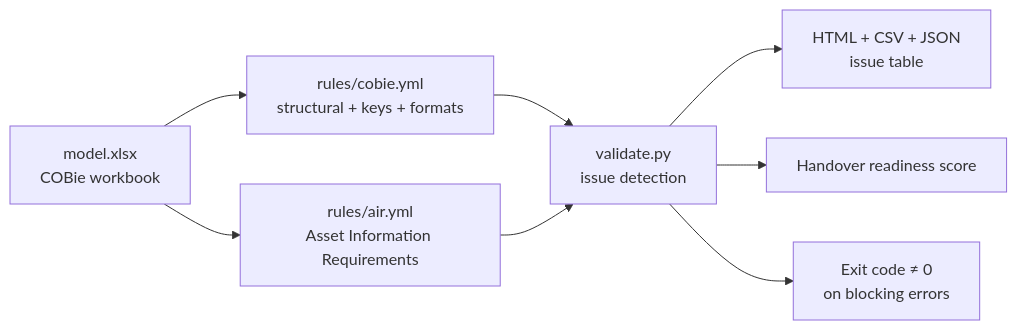
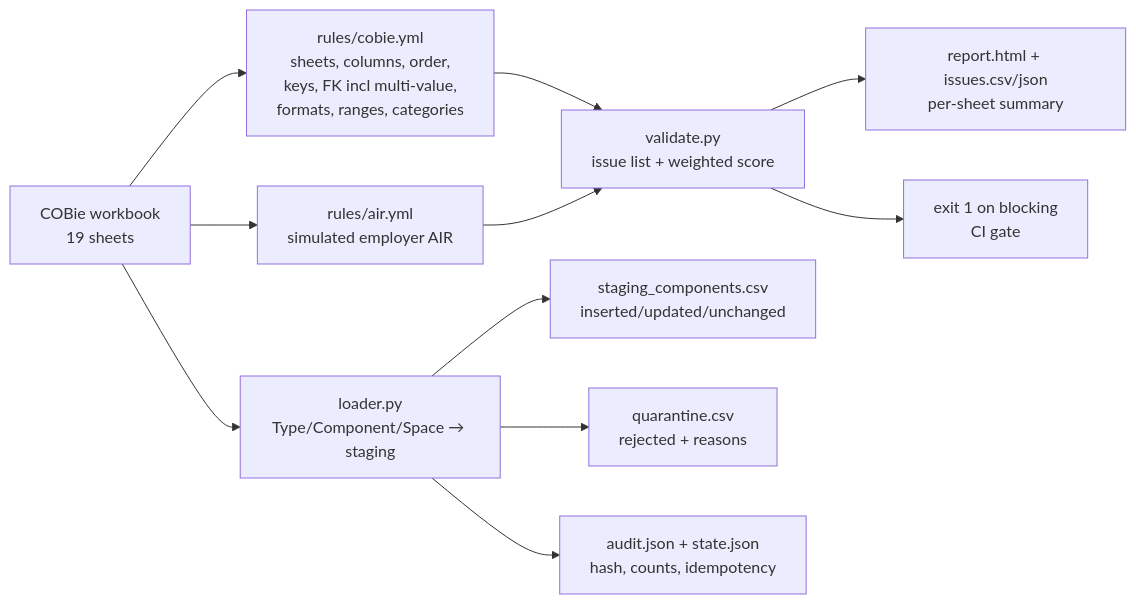
The diagram in projects/p12-cobie-validator/README.md (Eng-Zakaria/estates-data-portfolio), drawn with Mermaid before and after one commit. The commit also changed other lines of this file and 8 other files, not shown here.

````diff
--- a/projects/p12-cobie-validator/README.md
+++ b/projects/p12-cobie-validator/README.md
@@ -11,9 +17,12 @@
 ```mermaid
 flowchart LR
-    XLSX[model.xlsx<br/>COBie workbook] --> RULES[rules/cobie.yml<br/>structural + keys + formats]
-    XLSX --> AIR[rules/air.yml<br/>Asset Information Requirements]
-    RULES & AIR --> VALIDATE[validate.py<br/>issue detection]
-    VALIDATE --> REPORT[HTML + CSV + JSON<br/>issue table]
-    VALIDATE --> SCORE[Handover readiness score]
-    VALIDATE --> GATE[Exit code ≠ 0<br/>on blocking errors]
+    XLSX[COBie workbook<br/>19 sheets] --> RULES[rules/cobie.yml<br/>sheets, columns, order,<br/>keys, FK incl multi-value,<br/>formats, ranges, categories]
+    XLSX --> AIR[rules/air.yml<br/>simulated employer AIR]
+    RULES & AIR --> VALIDATE[validate.py<br/>issue list + weighted score]
+    VALIDATE --> REPORT[report.html + issues.csv/json<br/>per-sheet summary]
+    VALIDATE --> GATE[exit 1 on blocking<br/>CI gate]
+    XLSX --> LOADER[loader.py<br/>Type/Component/Space → staging]
+    LOADER --> STAGE[staging_components.csv<br/>inserted/updated/unchanged]
+    LOADER --> QUAR[quarantine.csv<br/>rejected + reasons]
+    LOADER --> AUDIT[audit.json + state.json<br/>hash, counts, idempotency]
 ```
````
